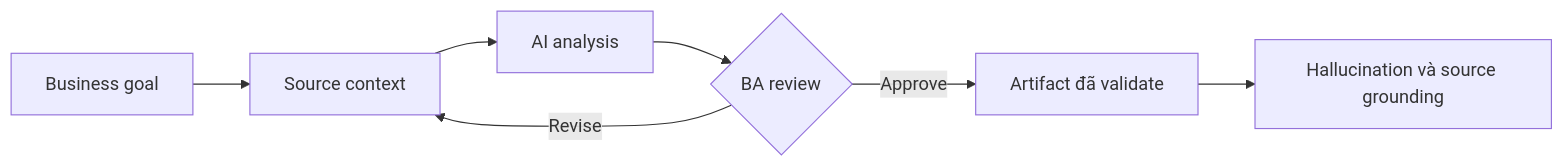
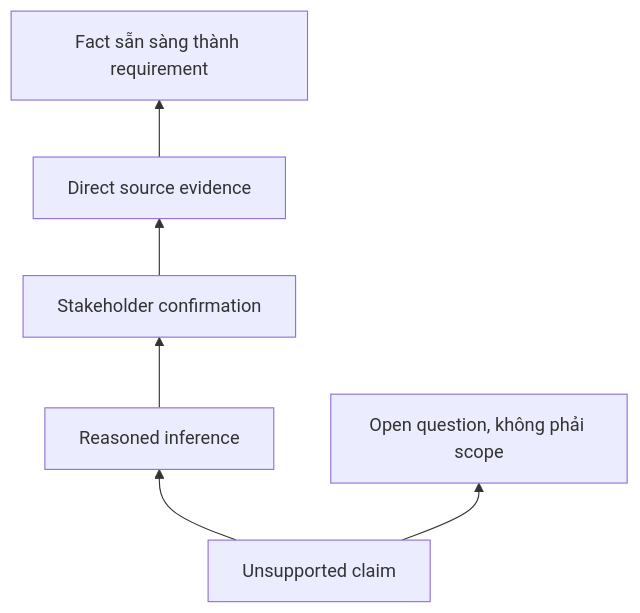
Before and after one commit to anhtnt90dev/ai-for-ba: the diagram in docs/vi/lessons/hallucination-and-source-grounding/index.md, drawn with Mermaid. The commit also changed other lines of this file and 64 other files, not shown here.

````diff
--- a/docs/vi/lessons/hallucination-and-source-grounding/index.md
+++ b/docs/vi/lessons/hallucination-and-source-grounding/index.md
@@ -39,9 +38,8 @@
 ```mermaid
-flowchart LR
-    A["Business goal"] --> B["Source context"]
-    B --> C["AI analysis"]
-    C --> D{"BA review"}
-    D -->|"Revise"| B
-    D -->|"Approve"| E["Artifact đã validate"]
-    E --> F["Hallucination và source grounding"]
+flowchart BT
+    A["Unsupported claim"] --> B["Reasoned inference"]
+    B --> C["Stakeholder confirmation"]
+    C --> D["Direct source evidence"]
+    D --> E["Fact sẵn sàng thành requirement"]
+    A --> F["Open question, không phải scope"]
 ```
````
